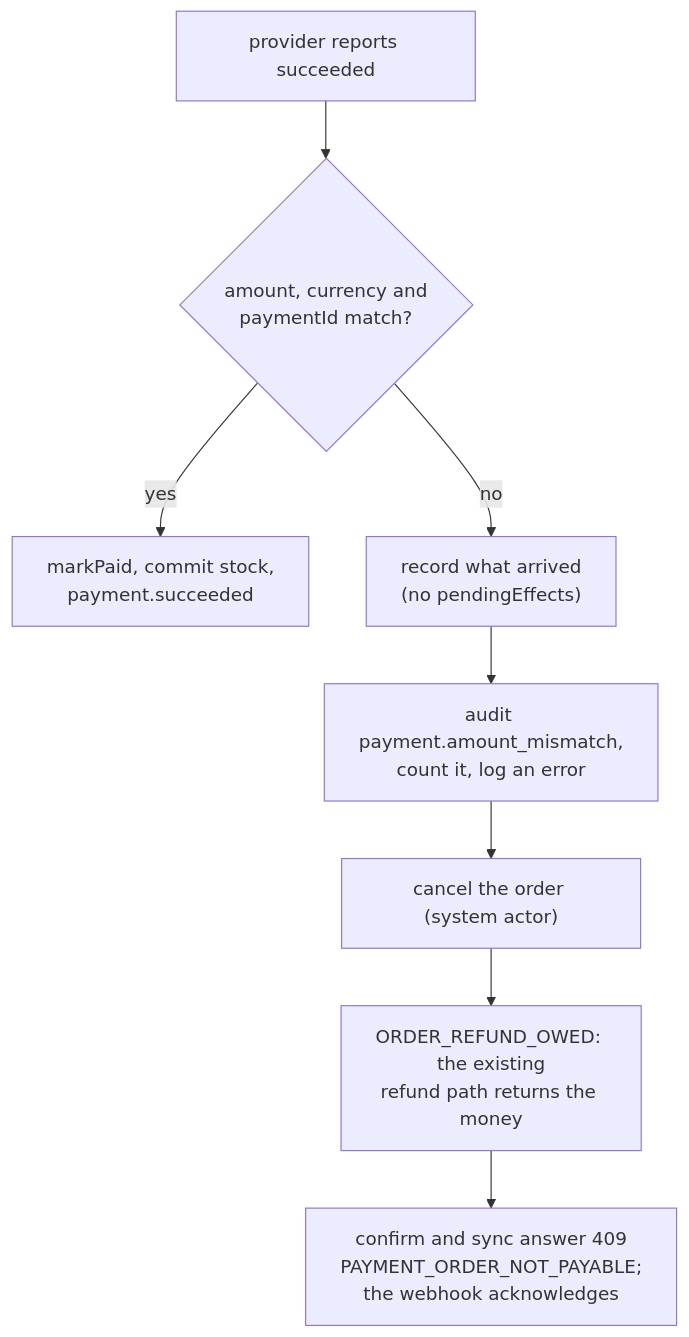
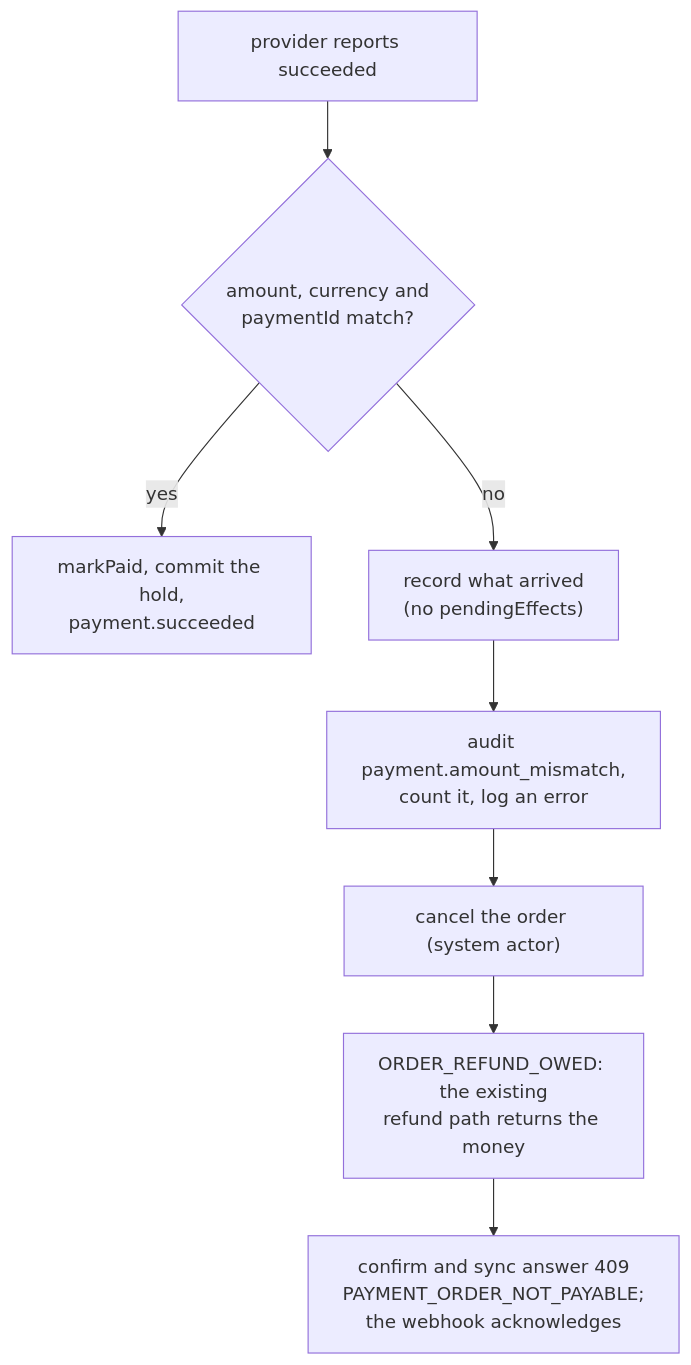
One commit to Guebbit/boilerplate-node-backend changed the second of 8 diagrams in docs/modules/payments.md. Above: the diagram before and after it, drawn with Mermaid. The commit also changed other lines of this file and 33 other files, not shown here.

````diff
--- a/docs/modules/payments.md
+++ b/docs/modules/payments.md
@@ -155,10 +155,10 @@
 ```mermaid
 flowchart TD
     S["provider reports succeeded"] --> C{"amount, currency and<br/>paymentId match?"}
-    C -->|yes| P["markPaid, commit stock,<br/>payment.succeeded"]
+    C -->|yes| P["markPaid, commit the hold,<br/>payment.succeeded"]
     C -->|no| W["record what arrived<br/>(no pendingEffects)"]
     W --> A["audit payment.amount_mismatch,<br/>count it, log an error"]
     A --> X["cancel the order (system actor)"]
     X --> R["ORDER_REFUND_OWED: the existing<br/>refund path returns the money"]
     R --> A409["confirm and sync answer 409<br/>PAYMENT_ORDER_NOT_PAYABLE;<br/>the webhook acknowledges"]
 ```
````
